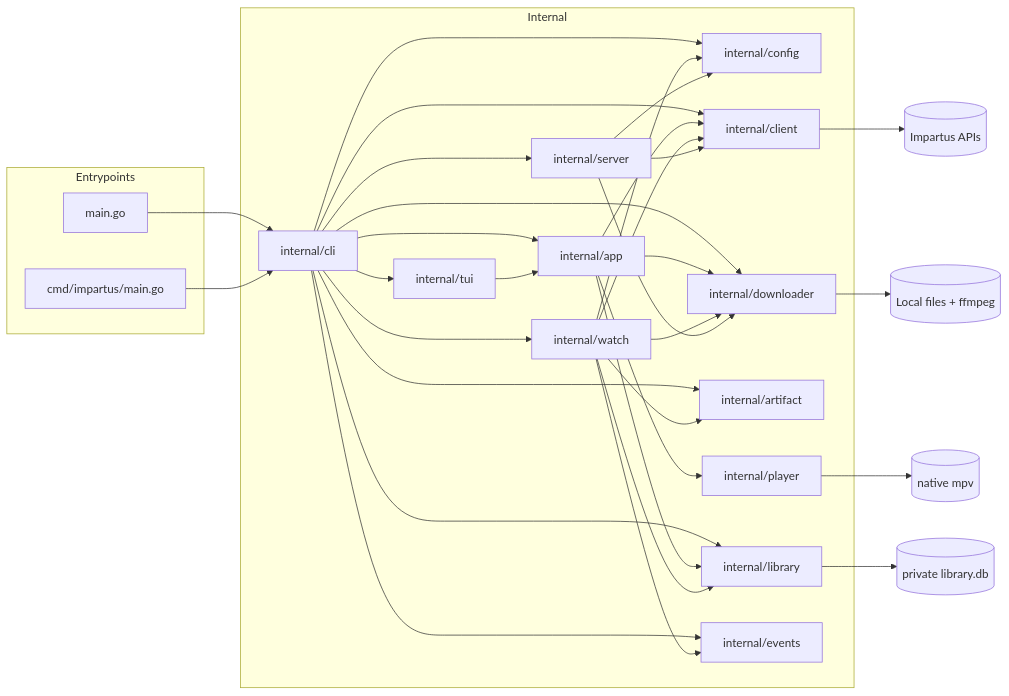
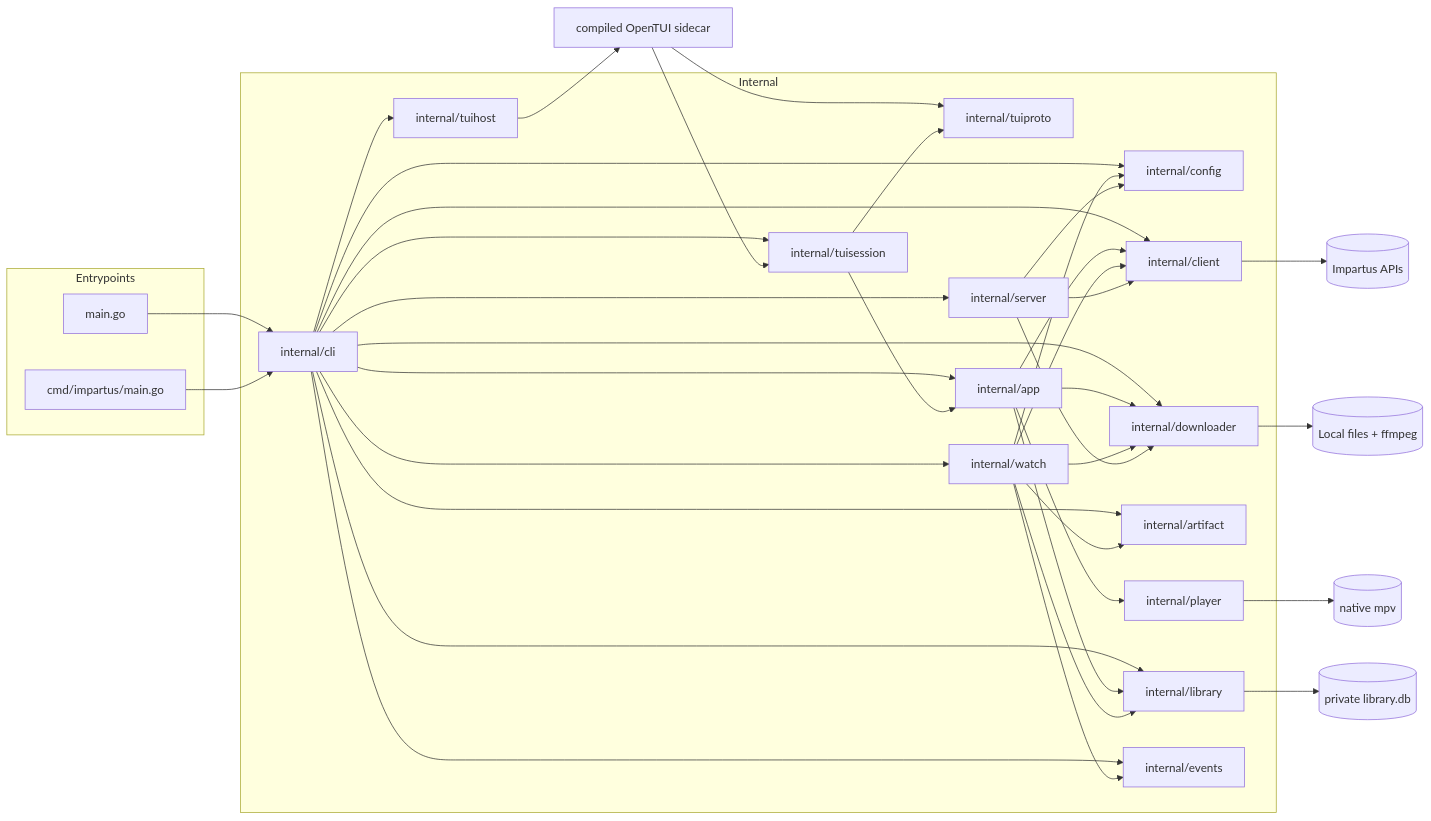
Before and after one commit to rabesss/impartus-cli: the seventh of 7 diagrams in docs/architecture.md, drawn with Mermaid. The commit also changed other lines of this file and 31 other files, not shown here.

````diff
--- a/docs/architecture.md
+++ b/docs/architecture.md
@@ -245,58 +252,67 @@
 ```mermaid
 flowchart LR
   subgraph Entrypoints
     M1[main.go]
     M2[cmd/impartus/main.go]
   end
 
   subgraph Internal
     CLI[internal/cli]
-    TUI[internal/tui]
+    TUIHOST[internal/tuihost]
+    TUISESSION[internal/tuisession]
+    TUIPROTO[internal/tuiproto]
     CFG[internal/config]
     CLT[internal/client]
     DL[internal/downloader]
     ART[internal/artifact]
     APP[internal/app]
     PLR[internal/player]
     LIB[internal/library]
     EVT[internal/events]
     WATCH[internal/watch]
     SRV[internal/server]
   end
+
+  UI[compiled OpenTUI sidecar]
 
   IMP[(Impartus APIs)]
   FS[(Local files + ffmpeg)]
   MPV[(native mpv)]
   DB[(private library.db)]
 
   M1 --> CLI
   M2 --> CLI
   CLI --> CFG
   CLI --> CLT
   CLI --> DL
   CLI --> ART
   CLI --> APP
-  CLI --> TUI
+  CLI --> TUIHOST
+  CLI --> TUISESSION
   CLI --> LIB
   CLI --> EVT
   CLI --> WATCH
   CLI --> SRV
   APP --> CLT
   APP --> DL
   APP --> PLR
   APP --> LIB
-  TUI --> APP
+  TUIHOST --> UI
+  UI --> TUIPROTO
+  UI --> TUISESSION
+  TUISESSION --> TUIPROTO
+  TUISESSION --> APP
   WATCH --> CFG
   WATCH --> CLT
   WATCH --> DL
   WATCH --> ART
   WATCH --> EVT
   WATCH --> LIB
   SRV --> CFG
   SRV --> CLT
   SRV --> DL
   CLT --> IMP
   DL --> FS
   PLR --> MPV
   LIB --> DB
 ```
````
